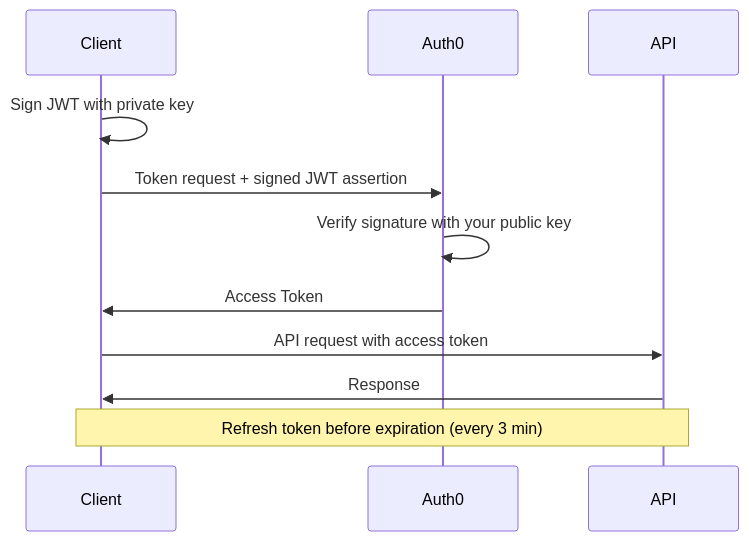
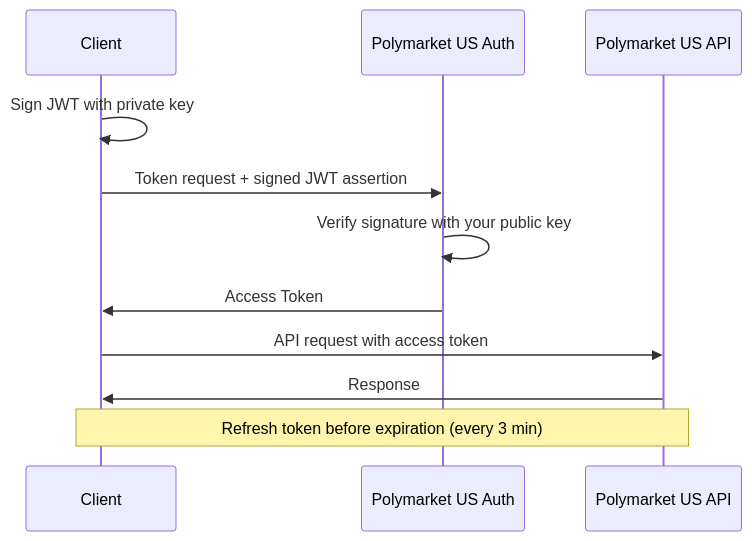
One commit to chrisr-a11y/docs changed the diagram in streaming-endpoints/authentication.mdx. Above: the diagram before and after it, drawn with Mermaid. The commit also changed other lines of this file and 15 other files, not shown here.

````diff
--- a/streaming-endpoints/authentication.mdx
+++ b/streaming-endpoints/authentication.mdx
@@ -19,14 +19,14 @@
 ```mermaid
 sequenceDiagram
     participant Client
-    participant Auth0
-    participant API
+    participant Auth as Polymarket US Auth
+    participant API as Polymarket US API
 
     Client->>Client: Sign JWT with private key
-    Client->>Auth0: Token request + signed JWT assertion
-    Auth0->>Auth0: Verify signature with your public key
-    Auth0->>Client: Access Token
+    Client->>Auth: Token request + signed JWT assertion
+    Auth->>Auth: Verify signature with your public key
+    Auth->>Client: Access Token
     Client->>API: API request with access token
     API->>Client: Response
     Note over Client,API: Refresh token before expiration (every 3 min)
 ```
````
